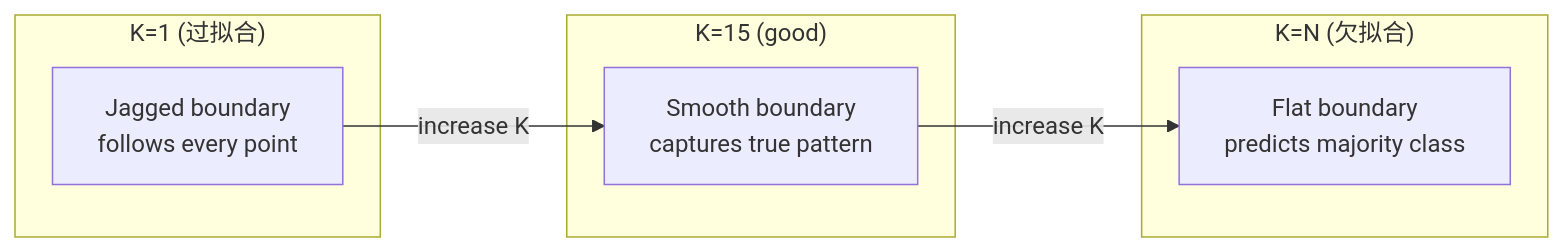
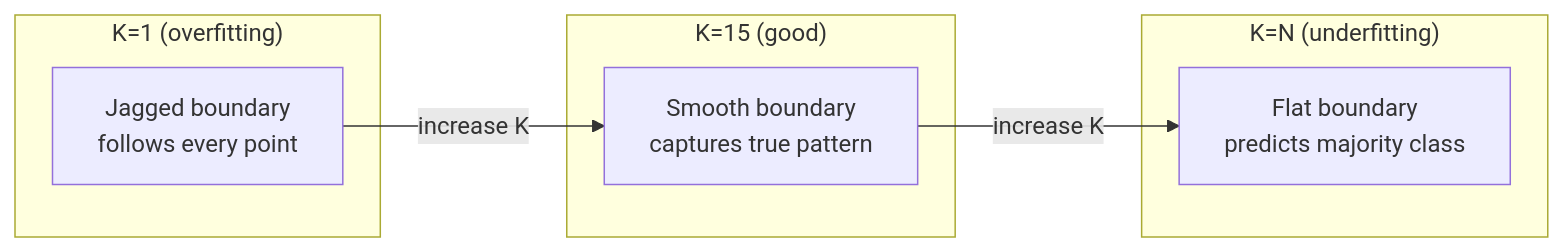
One commit to arwei944/ai-engineering-from-scratch changed the second of 3 diagrams in phases/02-ml-fundamentals/06-knn-and-distances/docs/zh.md. Above: the diagram before and after it, drawn with Mermaid. The commit also changed other lines of this file and 65 other files, not shown here.

````diff
--- a/phases/02-ml-fundamentals/06-knn-and-distances/docs/zh.md
+++ b/phases/02-ml-fundamentals/06-knn-and-distances/docs/zh.md
@@ -66,13 +66,13 @@
 ```mermaid
 graph LR
-    subgraph "K=1 (过拟合)"
+    subgraph "K=1 (overfitting)"
         A["Jagged boundary<br>follows every point"]
     end
     subgraph "K=15 (good)"
         B["Smooth boundary<br>captures true pattern"]
     end
-    subgraph "K=N (欠拟合)"
+    subgraph "K=N (underfitting)"
         C["Flat boundary<br>predicts majority class"]
     end
     A -->|"increase K"| B -->|"increase K"| C
 ```
````
